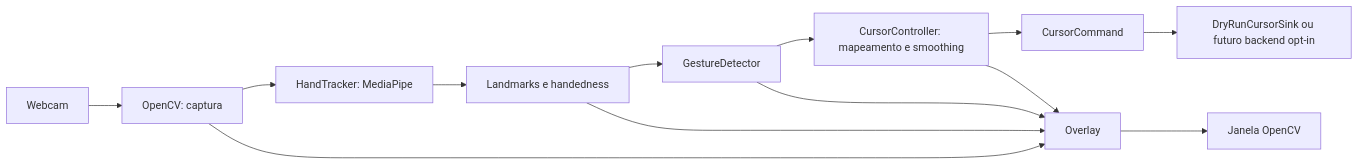
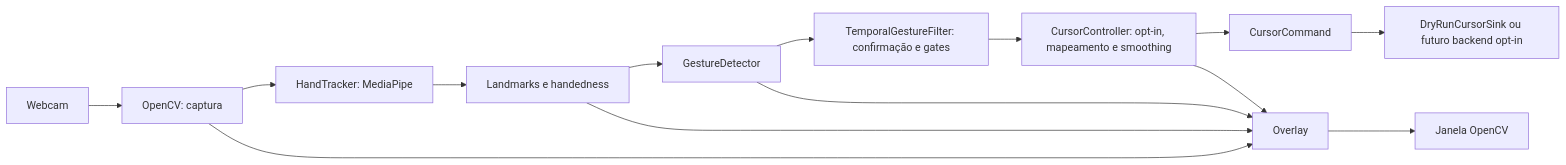
The diagram in docs/IMPLEMENTATION_PLAN.md (FernandoBuligon/hgi), drawn with Mermaid before and after one commit. The commit also changed other lines of this file and 2 other files, not shown here.

Commit message:
docs: close Phase 6 temporal dry-run verification

````diff
--- a/docs/IMPLEMENTATION_PLAN.md
+++ b/docs/IMPLEMENTATION_PLAN.md
@@ -49,15 +50,16 @@
 ```mermaid
 flowchart LR
     A[Webcam] --> B[OpenCV: captura]
     B --> C[HandTracker: MediaPipe]
     C --> D[Landmarks e handedness]
     D --> E[GestureDetector]
-    E --> F[CursorController: mapeamento e smoothing]
+    E --> T[TemporalGestureFilter: confirmação e gates]
+    T --> F[CursorController: opt-in, mapeamento e smoothing]
     F --> J[CursorCommand]
     J --> G[DryRunCursorSink ou futuro backend opt-in]
     B --> H[Overlay]
     D --> H
     E --> H
     F --> H
     H --> I[Janela OpenCV]
 ```
````
